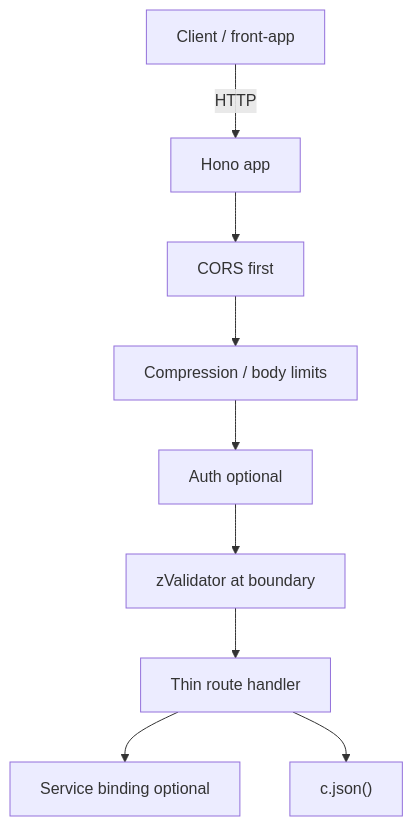
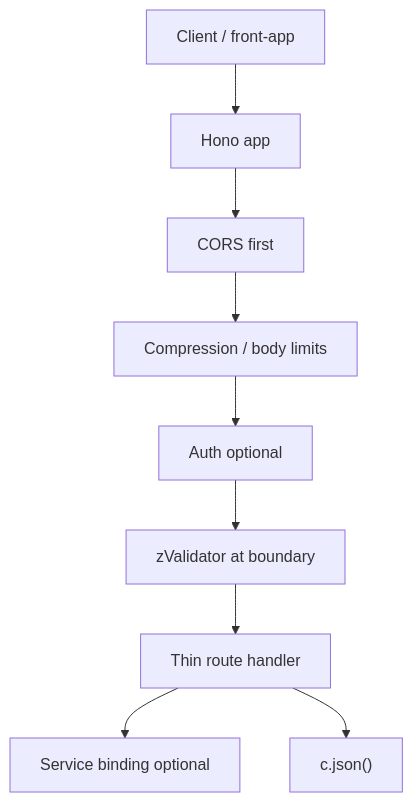
Before and after one commit to louisbrulenaudet/monorepo-template: the diagram in .claude/rules/backend/hono-gateway.md, drawn with Mermaid. The commit also changed 18 other files, not shown here.

````diff
--- a/.claude/rules/backend/hono-gateway.md
+++ b/.claude/rules/backend/hono-gateway.md
@@ -13,11 +13,11 @@
 ```mermaid
 flowchart TD
-  Client["Client / front-app"] -->|"HTTP"| HonoApp["Hono app"]
+  Client["Client / front-app"] --> HonoApp["Hono app"]
   HonoApp --> CORS["CORS first"]
   CORS --> Limits["Compression / body limits"]
   Limits --> Auth["Auth optional"]
   Auth --> Validation["zValidator at boundary"]
   Validation --> Handler["Thin route handler"]
   Handler --> Binding["Service binding optional"]
   Handler --> Response["c.json()"]
 ```
````
